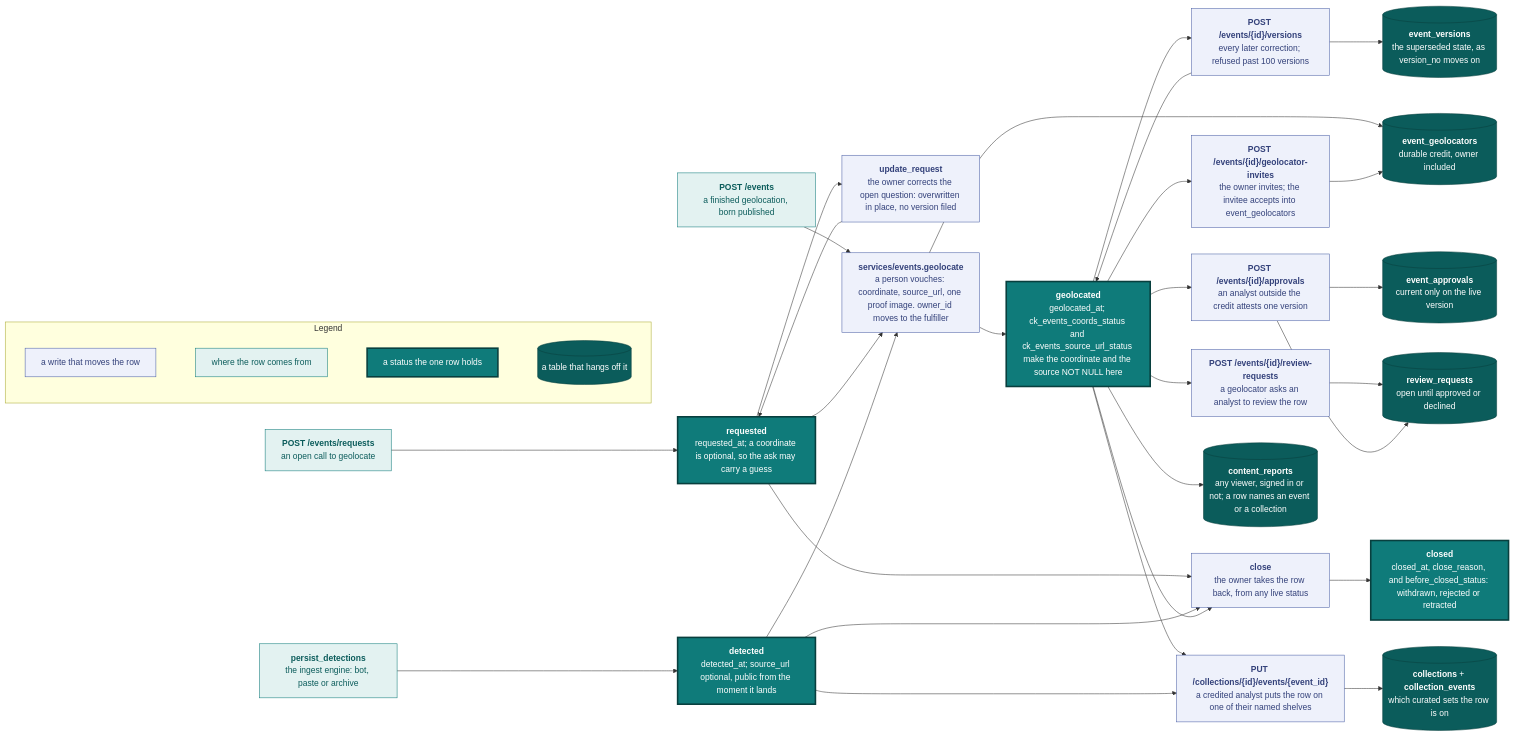
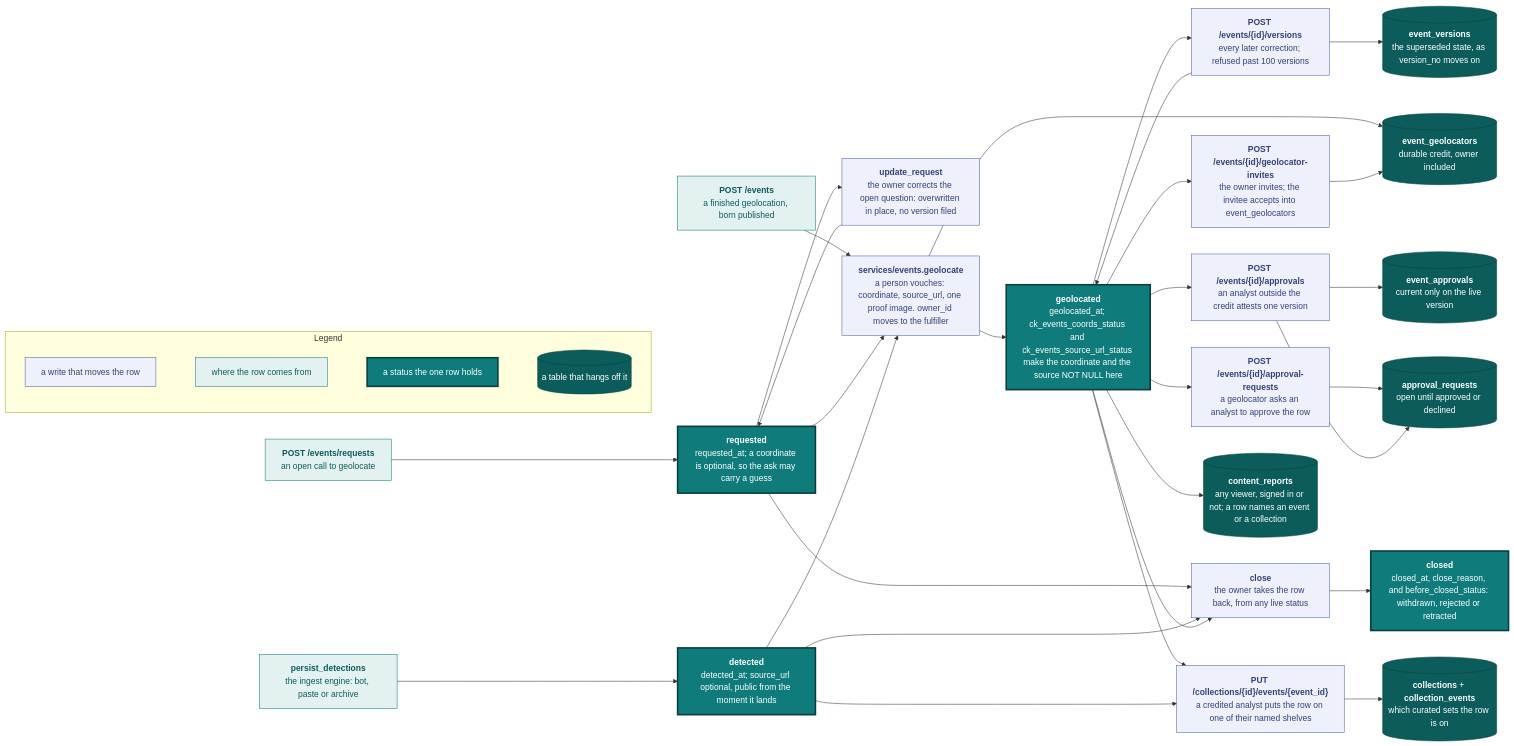
Before and after one commit to vidithq/vidit: the first of 2 diagrams in docs/data-model.md, drawn with Mermaid. The commit also changed other lines of this file and 96 other files, not shown here.

```diff
--- a/docs/data-model.md
+++ b/docs/data-model.md
@@ -53,9 +53,9 @@
   an analyst outside the credit attests one version`"]:::spec
   approvals[("`**event_approvals**
   current only on the live version`")]:::store
-  ask_review["`**POST /events/{id}/review-requests**
-  a geolocator asks an analyst to review the row`"]:::spec
-  review_requests[("`**review_requests**
+  ask_review["`**POST /events/{id}/approval-requests**
+  a geolocator asks an analyst to approve the row`"]:::spec
+  approval_requests[("`**approval_requests**
   open until approved or declined`")]:::store
   reports[("`**content_reports**
   any viewer, signed in or not; a row names an event or a collection`")]:::store
@@ -75,8 +75,8 @@
   geolocated --> invite --> credit
   version --> versions
   geolocated --> approve --> approvals
-  geolocated --> ask_review --> review_requests
-  approve --> review_requests
+  geolocated --> ask_review --> approval_requests
+  approve --> approval_requests
   requested --> close
   detected --> close
   geolocated --> close
```
